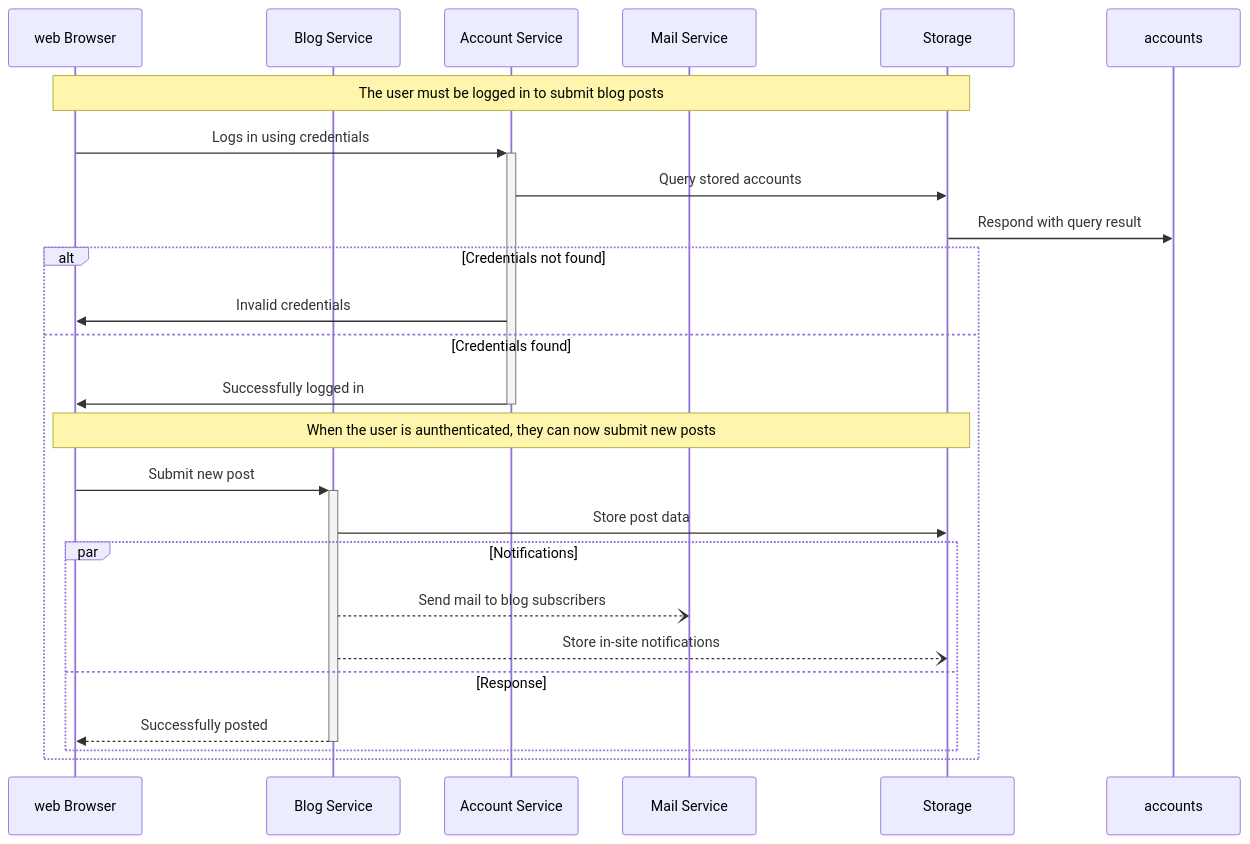
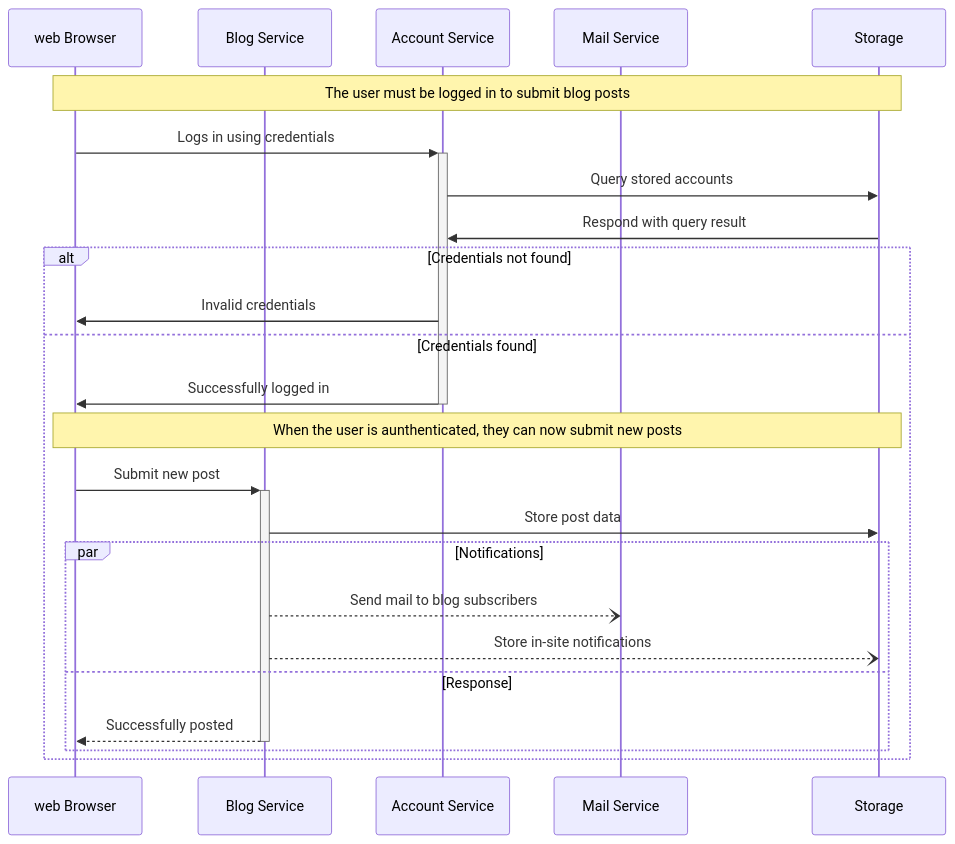
Before and after one commit to johnemersonatdoshii/learning-mermaid: the fourth of 5 diagrams in README.md, drawn with Mermaid. The commit also changed other lines of this file, not shown here.

Commit message:
Fix sequence diagram

````diff
--- a/README.md
+++ b/README.md
@@ -25,30 +32,30 @@
 ```mermaid
 sequenceDiagram
     participant web as web Browser
     participant blog as Blog Service
     participant account as Account Service
     participant mail as Mail Service
     participant db as Storage
 
     Note over web,db: The user must be logged in to submit blog posts
     web->>+account: Logs in using credentials
     account->>db: Query stored accounts
-    db->>accounts: Respond with query result
+    db->>account: Respond with query result
 
     alt Credentials not found
         account->>web: Invalid credentials
     else Credentials found
         account->>-web: Successfully logged in
         
         Note over web,db: When the user is aunthenticated, they can now submit new posts
         web->>+blog: Submit new post
         blog->>db: Store post data
 
         par Notifications
             blog--)mail: Send mail to blog subscribers
             blog--)db: Store in-site notifications
         and Response
             blog-->>-web: Successfully posted
         end
     end
 ```
````
